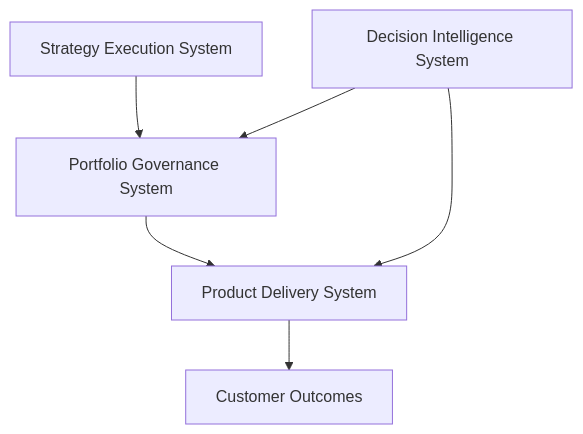
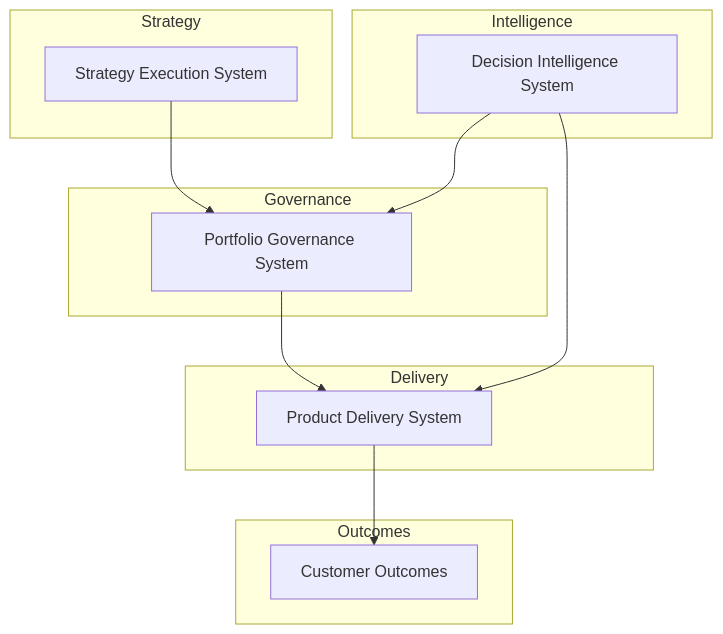
Before and after one commit to ChuckFerrando/ChuckFerrando: the first of 2 diagrams in README.md, drawn with Mermaid. The commit also changed other lines of this file, not shown here.

````diff
--- a/README.md
+++ b/README.md
@@ -32,16 +18,30 @@
 ```mermaid
 flowchart TB
 
+subgraph Strategy
 A[Strategy Execution System]
+end
+
+subgraph Governance
 B[Portfolio Governance System]
+end
+
+subgraph Delivery
 C[Product Delivery System]
+end
+
+subgraph Outcomes
 D[Customer Outcomes]
+end
+
+subgraph Intelligence
 E[Decision Intelligence System]
+end
 
 A --> B
 B --> C
 C --> D
 
 E --> B
 E --> C
 ```
````
